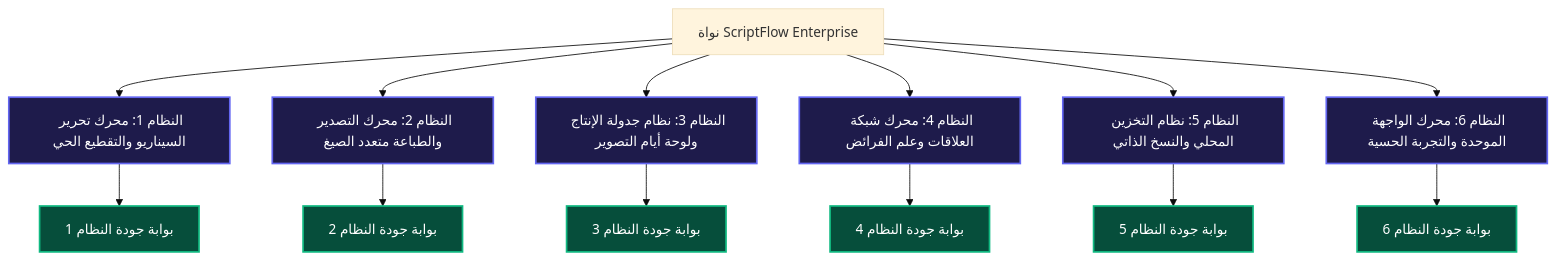
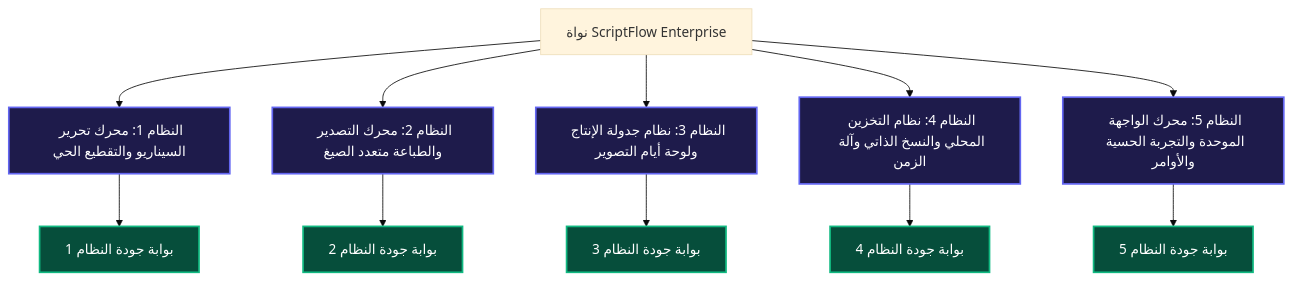
One commit to wittybrandcode/ScriptFlow changed the diagram in ENTERPRISE_SYSTEMS_UPGRADE_ROADMAP.md. Above: the diagram before and after it, drawn with Mermaid (base theme). The commit also changed other lines of this file, not shown here.

Commit message:
docs(roadmap): focus upgrade roadmap on 5 core subsystems, isolating Nasab to developer's custom library

````diff
--- a/ENTERPRISE_SYSTEMS_UPGRADE_ROADMAP.md
+++ b/ENTERPRISE_SYSTEMS_UPGRADE_ROADMAP.md
@@ -32,19 +34,17 @@
 ```mermaid
 graph TD
     classDef sys fill:#1e1b4b,stroke:#6366f1,stroke-width:2px,color:#fff;
     classDef gate fill:#064e3b,stroke:#10b981,stroke-width:2px,color:#fff;
 
     SF[نواة ScriptFlow Enterprise] --> S1[النظام 1: محرك تحرير السيناريو والتقطيع الحي]:::sys
     SF --> S2[النظام 2: محرك التصدير والطباعة متعدد الصيغ]:::sys
     SF --> S3[النظام 3: نظام جدولة الإنتاج ولوحة أيام التصوير]:::sys
-    SF --> S4[النظام 4: محرك شبكة العلاقات وعلم الفرائض]:::sys
-    SF --> S5[النظام 5: نظام التخزين المحلي والنسخ الذاتي]:::sys
-    SF --> S6[النظام 6: محرك الواجهة الموحدة والتجربة الحسية]:::sys
+    SF --> S4[النظام 4: نظام التخزين المحلي والنسخ الذاتي وآلة الزمن]:::sys
+    SF --> S5[النظام 5: محرك الواجهة الموحدة والتجربة الحسية والأوامر]:::sys
 
     S1 --> Q1[بوابة جودة النظام 1]:::gate
     S2 --> Q2[بوابة جودة النظام 2]:::gate
     S3 --> Q3[بوابة جودة النظام 3]:::gate
     S4 --> Q4[بوابة جودة النظام 4]:::gate
     S5 --> Q5[بوابة جودة النظام 5]:::gate
-    S6 --> Q6[بوابة جودة النظام 6]:::gate
 ```
````
